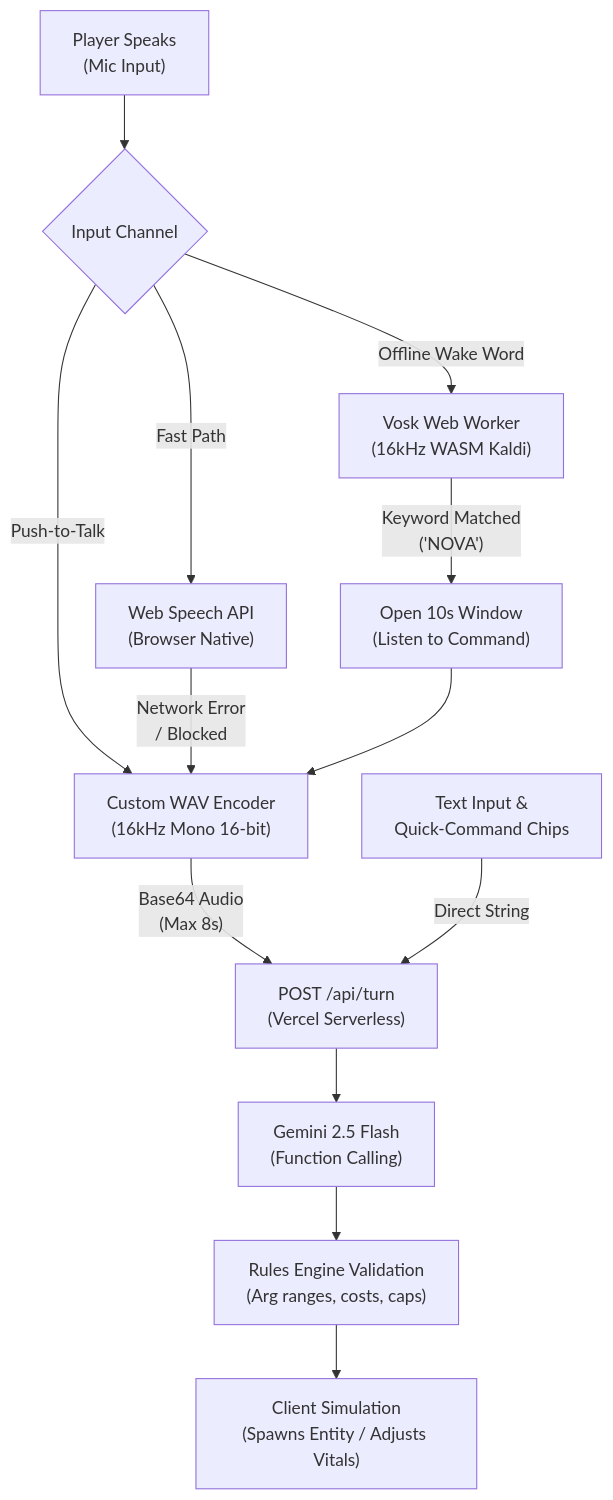
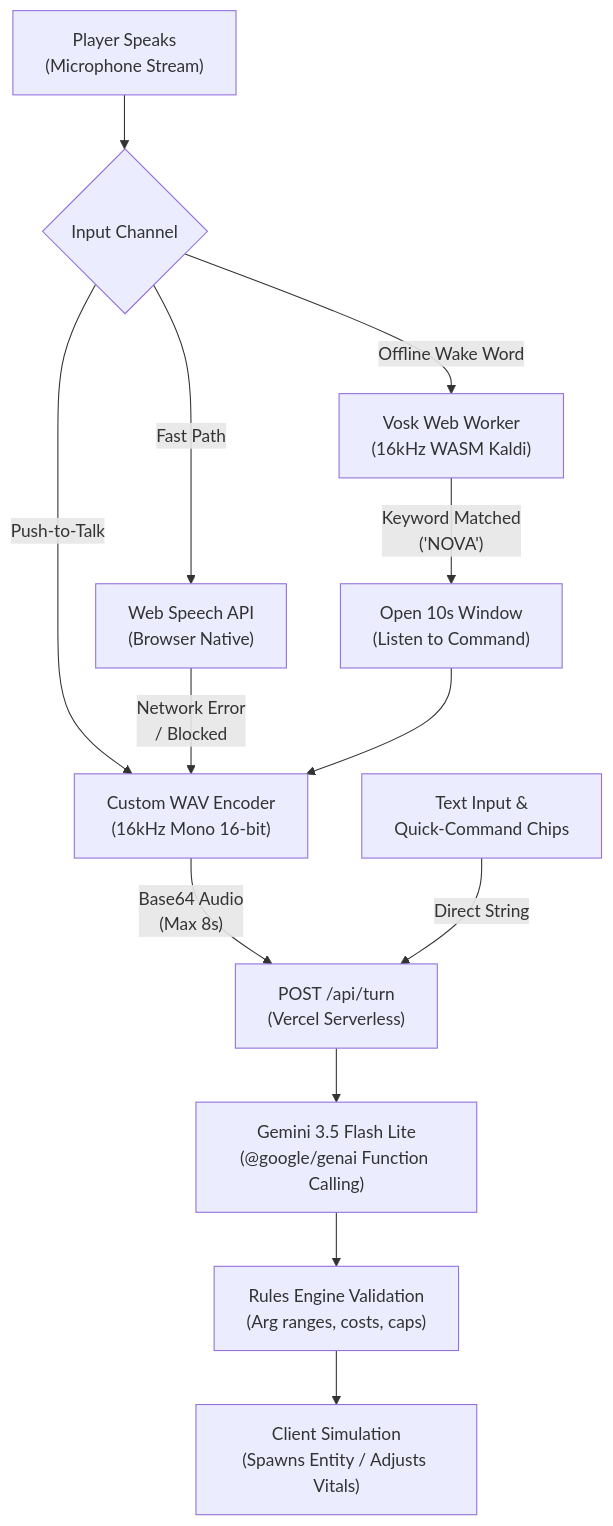
One commit to NASA-Space-Apps-Challenge-Pew-Pew/Space-Mission-Design-Game-Pew-Pew- changed the first of 3 diagrams in README.md. Above: the diagram before and after it, drawn with Mermaid. The commit also changed other lines of this file and 1 other file, not shown here.

Commit message:
fix(docs): accurately document Gemini 3.5 Flash Lite backend model and enhance judge summary

````diff
--- a/README.md
+++ b/README.md
@@ -114,18 +121,18 @@
 ```mermaid
 flowchart TD
-    AudioInput["Player Speaks\n(Mic Input)"] --> ModeCheck{"Input Channel"}
+    AudioInput["Player Speaks\n(Microphone Stream)"] --> ModeCheck{"Input Channel"}
     ModeCheck -->|"Fast Path"| WebSpeech["Web Speech API\n(Browser Native)"]
     ModeCheck -->|"Offline Wake Word"| VoskWorker["Vosk Web Worker\n(16kHz WASM Kaldi)"]
     ModeCheck -->|"Push-to-Talk"| WavRec["Custom WAV Encoder\n(16kHz Mono 16-bit)"]
 
     WebSpeech -->|"Network Error\n/ Blocked"| WavRec
     VoskWorker -->|"Keyword Matched\n('NOVA')"| AwakeState["Open 10s Window\n(Listen to Command)"]
     AwakeState --> WavRec
 
     WavRec -->|"Base64 Audio\n(Max 8s)"| ApiEndpoint["POST /api/turn\n(Vercel Serverless)"]
     TextFallback["Text Input &\nQuick-Command Chips"] -->|"Direct String"| ApiEndpoint
 
-    ApiEndpoint --> GeminiInference["Gemini 2.5 Flash\n(Function Calling)"]
+    ApiEndpoint --> GeminiInference["Gemini 3.5 Flash Lite\n(@google/genai Function Calling)"]
     GeminiInference --> RulesEngine["Rules Engine Validation\n(Arg ranges, costs, caps)"]
     RulesEngine --> ClientSync["Client Simulation\n(Spawns Entity / Adjusts Vitals)"]
 ```
````
